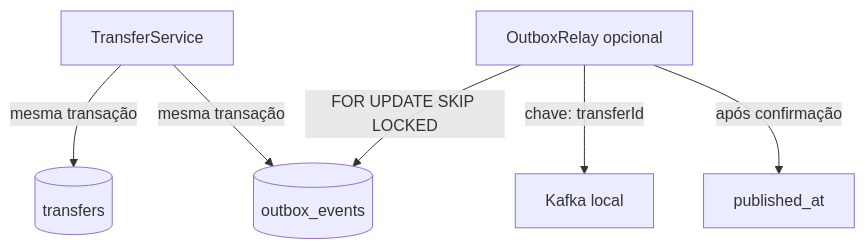
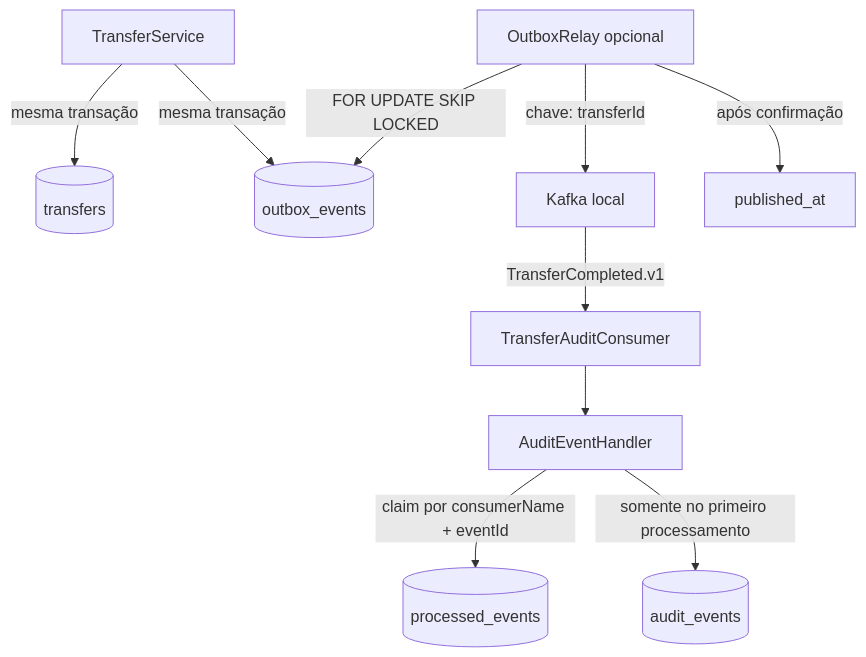
One commit to WilliamRochaJR/pay-flow changed the second of 2 diagrams in docs/architecture.md. Above: the diagram before and after it, drawn with Mermaid. The commit also changed other lines of this file and 13 other files, not shown here.

Commit message:
feat(events): add deduplicated audit consumer

````diff
--- a/docs/architecture.md
+++ b/docs/architecture.md
@@ -115,8 +117,12 @@
 ```mermaid
 flowchart TD
     API[TransferService] -->|mesma transação| Transfer[(transfers)]
     API -->|mesma transação| Outbox[(outbox_events)]
     Relay[OutboxRelay opcional] -->|FOR UPDATE SKIP LOCKED| Outbox
     Relay -->|chave: transferId| Kafka[Kafka local]
     Relay -->|após confirmação| Published[published_at]
+    Kafka -->|TransferCompleted.v1| Consumer[TransferAuditConsumer]
+    Consumer --> Handler[AuditEventHandler]
+    Handler -->|claim por consumerName + eventId| Processed[(processed_events)]
+    Handler -->|somente no primeiro processamento| Audit[(audit_events)]
 ```
````
